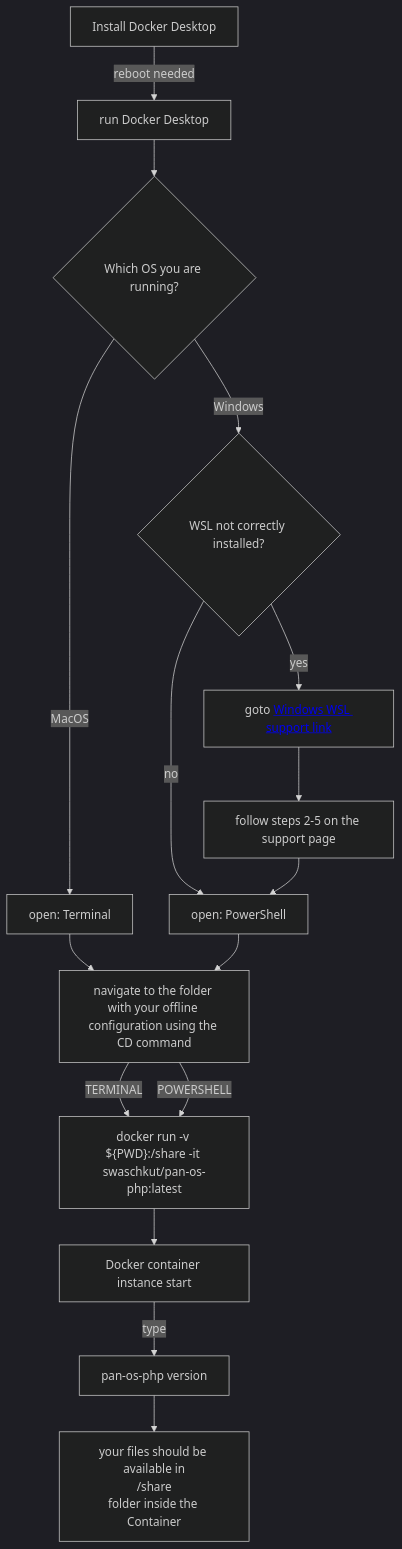
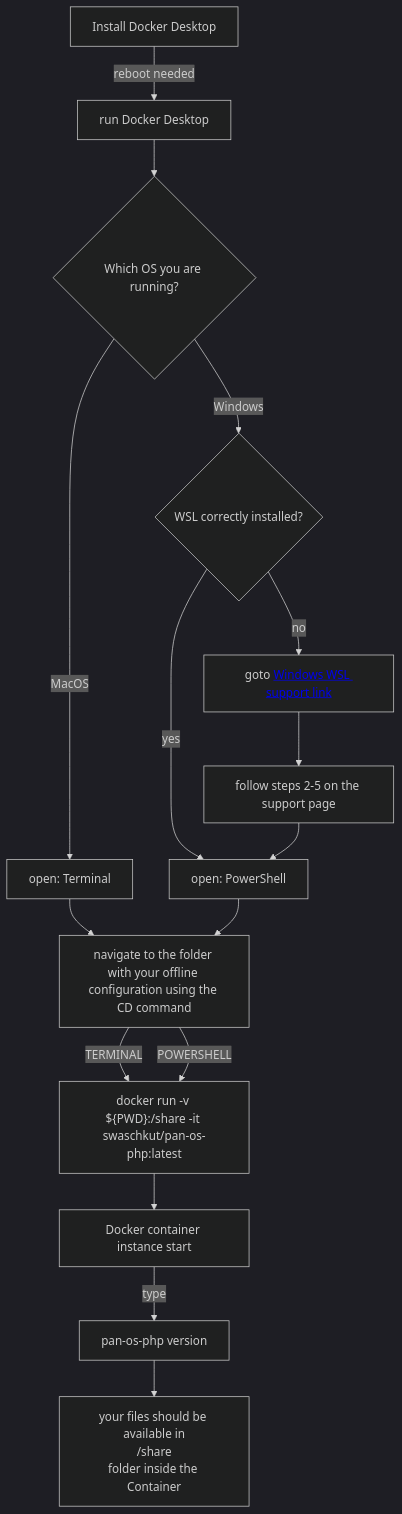
One commit to PaloAltoNetworks/pan-os-php changed the diagram in READMEdocker.md. Above: the diagram before and after it, drawn with Mermaid (dark theme).

````diff
--- a/READMEdocker.md
+++ b/READMEdocker.md
@@ -4,38 +4,38 @@
 ```mermaid
 graph TD
     
     
     BB[Install Docker Desktop] -->|reboot needed| CC[run Docker Desktop]
     CC --> CC1[which OS]
     
     CC1{Which OS you are running?} -->|MacOS| B1[open: Terminal]
     CC1{Which OS you are running?} -->|Windows| C1[check Docker]
     
     
     B1 --> Z1[navigate to the folder with your offline configuration using the CD command]
        
  
     
-    C1{WSL not correctly installed?} -->|no| F2[open: PowerShell]
-    C1{WSL not correctly installed?} -->|yes| C3[goto <a href='https://docs.microsoft.com/en-gb/windows/wsl/install-manual'>Windows WSL support link</a>]
+    C1{WSL correctly installed?} -->|yes| F2[open: PowerShell]
+    C1{WSL correctly installed?} -->|no| C3[goto <a href='https://docs.microsoft.com/en-gb/windows/wsl/install-manual'>Windows WSL support link</a>]
     
    
     
     C3 --> C7[follow steps 2-5 on the support page]    
     C7 --> F2[open: PowerShell]
 
    
    
     F2 --> Z1[navigate to the folder with your offline configuration using the CD command]
     
     
     Z1 -->|TERMINAL| K1["docker run -v ${PWD}:/share -it swaschkut/pan-os-php:latest"]
     Z1 -->|POWERSHELL| K1["docker run -v ${PWD}:/share -it swaschkut/pan-os-php:latest"]
     
   
     
     K1 --> K3[Docker container instance start]
     K3 -->|type| R[pan-os-php version]
     
     R --> S[your files should be available in<br />/share<br />folder inside the Container]
 ```
````
